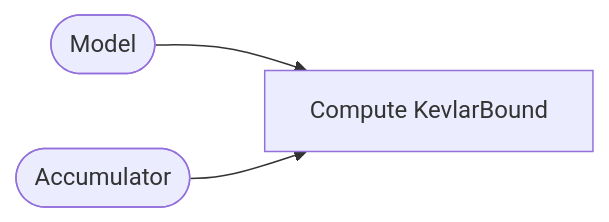
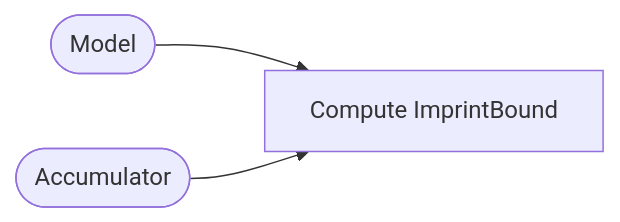
One commit to constinit/imprint changed the third of 4 diagrams in docs/design/model/model.md. Above: the diagram before and after it, drawn with Mermaid. The commit also changed other lines of this file and 265 other files, not shown here.

````diff
--- a/docs/design/model/model.md
+++ b/docs/design/model/model.md
@@ -73,7 +73,7 @@
 ```mermaid
 flowchart LR
     model([Model])
     is_o([Accumulator])
-    model --> ub[Compute KevlarBound]
+    model --> ub[Compute ImprintBound]
     is_o --> ub
 ```
````
